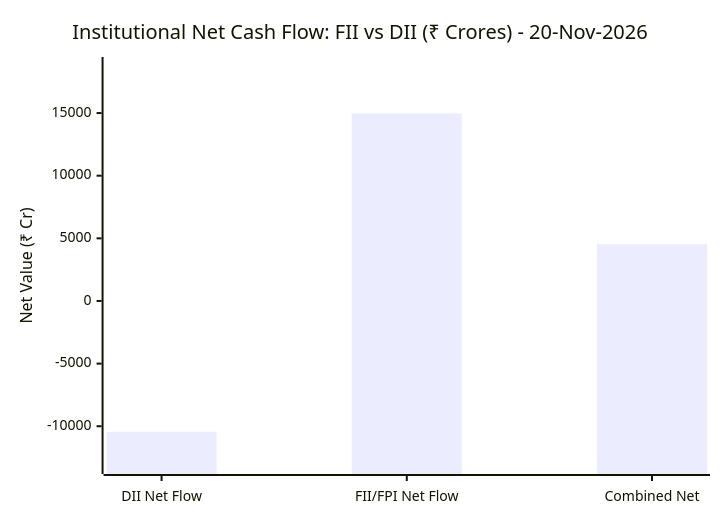
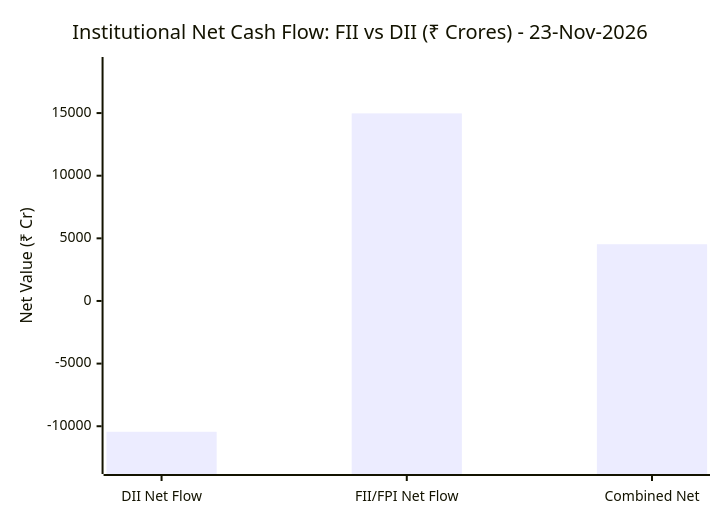
One commit to purnareddy9/dev changed the diagram in market-intelligence/README.md. Above: the diagram before and after it, drawn with Mermaid. The commit also changed other lines of this file and 4 other files, not shown here.

````diff
--- a/market-intelligence/README.md
+++ b/market-intelligence/README.md
@@ -65,7 +65,7 @@
 ```mermaid
 xychart-beta
-    title "Institutional Net Cash Flow: FII vs DII (₹ Crores) - 20-Nov-2026"
+    title "Institutional Net Cash Flow: FII vs DII (₹ Crores) - 23-Nov-2026"
     x-axis ["DII Net Flow", "FII/FPI Net Flow", "Combined Net"]
     y-axis "Net Value (₹ Cr)" -13055 --> 18718
     bar [-10444.54, 14974.68, 4530.14]
 ```
````
